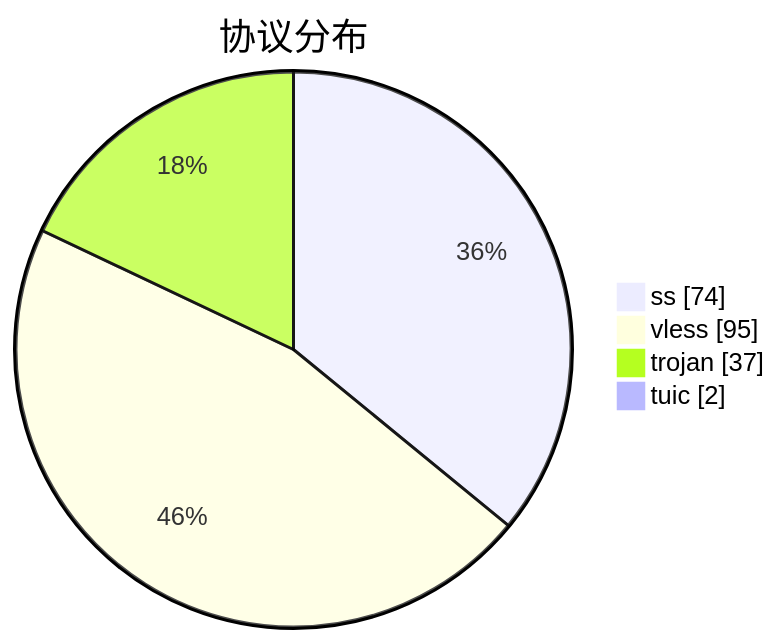
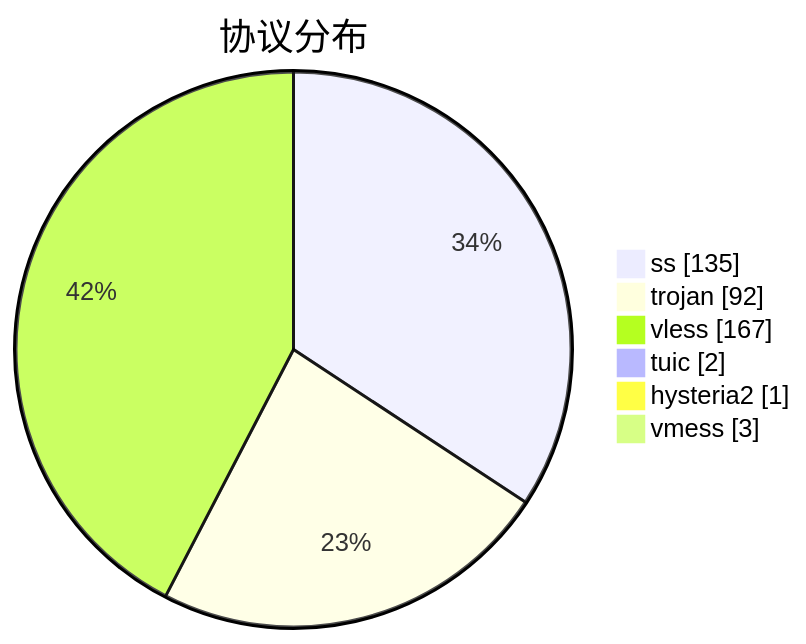
One commit to qjlxg/airport changed the third of 3 diagrams in subs/statistics/tested_within.md. Above: the diagram before and after it, drawn with Mermaid. The commit also changed other lines of this file and 2 other files, not shown here.

````diff
--- a/subs/statistics/tested_within.md
+++ b/subs/statistics/tested_within.md
@@ -24,8 +32,10 @@
 ```mermaid
 pie showData
 title 协议分布
-"ss" : 74
-"vless" : 95
-"trojan" : 37
+"ss" : 135
+"trojan" : 92
+"vless" : 167
 "tuic" : 2
+"hysteria2" : 1
+"vmess" : 3
 ```
````
